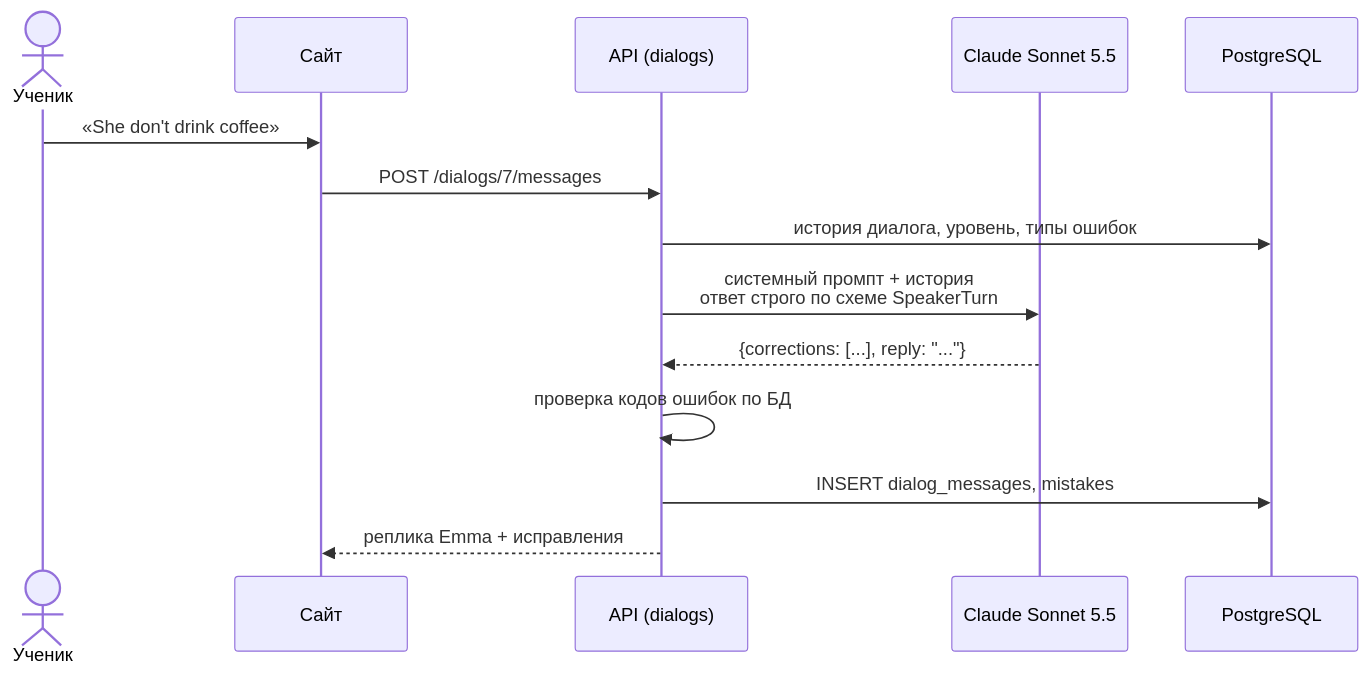
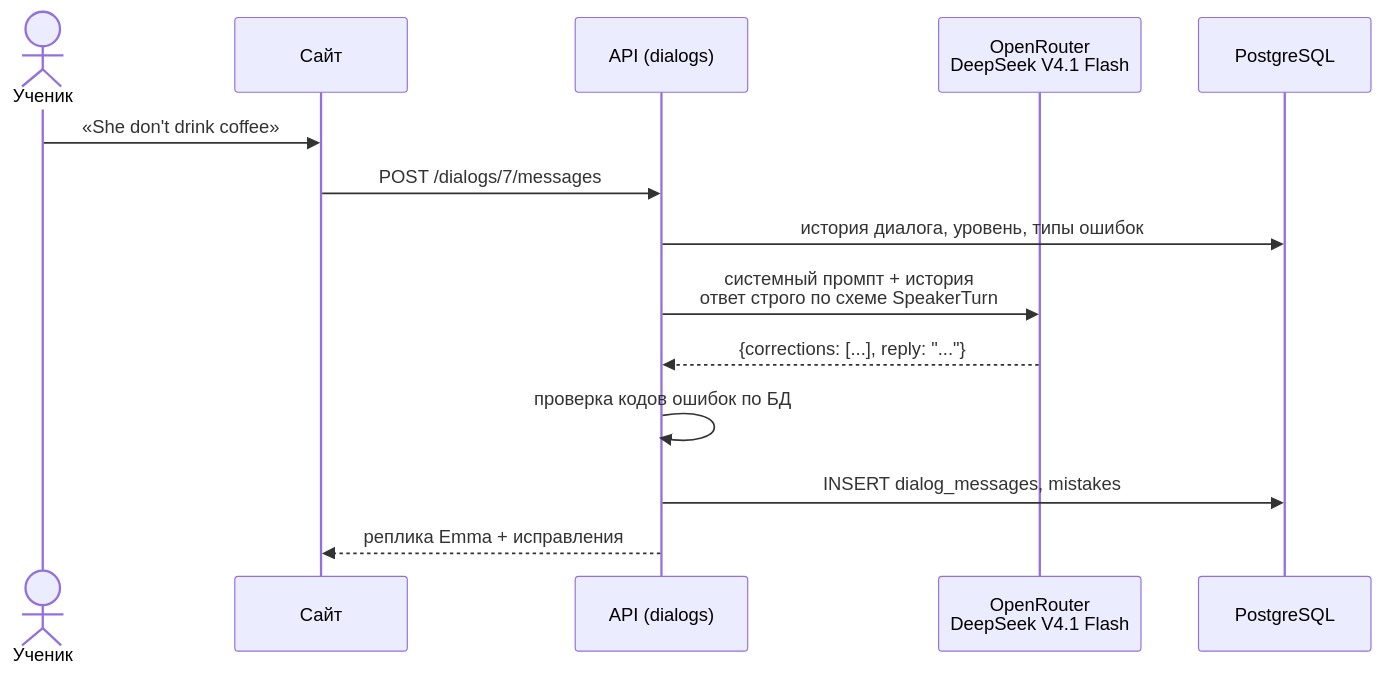
Before and after one commit to Deadexp/coursework-tp-2026: the third of 4 diagrams in docs/architecture.md, drawn with Mermaid. The commit also changed other lines of this file and 15 other files, not shown here.

Commit message:
Перевести диалоги и план занятий на DeepSeek через OpenRouter

````diff
--- a/docs/architecture.md
+++ b/docs/architecture.md
@@ -88,17 +88,17 @@
 ```mermaid
 sequenceDiagram
   actor U as Ученик
   participant W as Сайт
   participant A as API (dialogs)
-  participant C as Claude Sonnet 5.5
+  participant C as OpenRouter<br/>DeepSeek V4.1 Flash
   participant D as PostgreSQL
 
   U->>W: «She don't drink coffee»
   W->>A: POST /dialogs/7/messages
   A->>D: история диалога, уровень, типы ошибок
   A->>C: системный промпт + история<br/>ответ строго по схеме SpeakerTurn
   C-->>A: {corrections: [...], reply: "..."}
   A->>A: проверка кодов ошибок по БД
   A->>D: INSERT dialog_messages, mistakes
   A-->>W: реплика Emma + исправления
 ```
````
